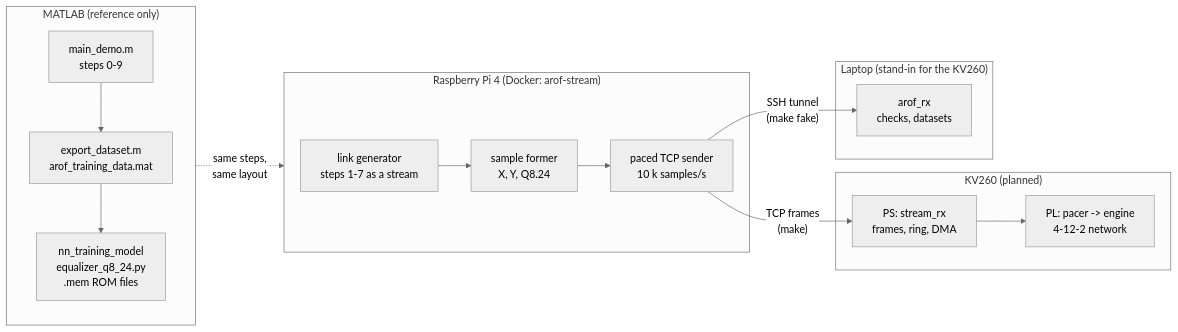
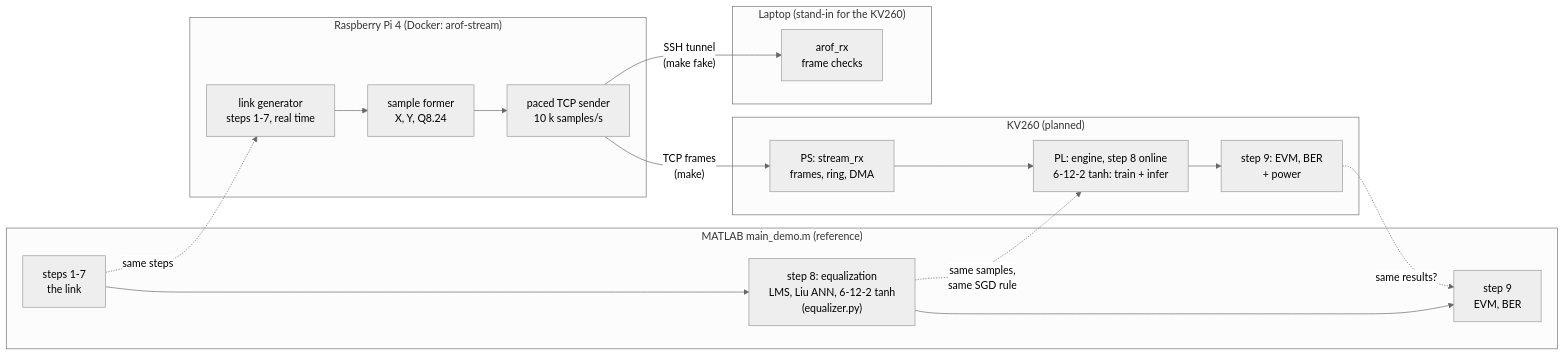
One commit to ahmedabdellatif7700/arof-rt-generator changed the first of 5 diagrams in docs/DEMO.md. Above: the diagram before and after it, drawn with Mermaid (neutral theme). The commit also changed other lines of this file and 18 other files, not shown here.

First line of the commit message:
Samples as equalizer.py builds them for main_demo.m step 8; schedule demo; dataset = one demo cycle

````diff
--- a/docs/DEMO.md
+++ b/docs/DEMO.md
@@ -16,30 +31,33 @@
 ```mermaid
 flowchart LR
-    subgraph REF["MATLAB (reference only)"]
-        MD["main_demo.m<br/>steps 0-9"]
-        ED["export_dataset.m<br/>arof_training_data.mat"]
-        NN["nn_training_model<br/>equalizer_q8_24.py<br/>.mem ROM files"]
-        MD --> ED --> NN
+    subgraph REF["MATLAB main_demo.m (reference)"]
+        L17["steps 1-7<br/>the link"]
+        S8["step 8: equalization<br/>LMS, Liu ANN, 6-12-2 tanh<br/>(equalizer.py)"]
+        S9["step 9<br/>EVM, BER"]
+        L17 --> S8 --> S9
     end
 
     subgraph PI["Raspberry Pi 4 (Docker: arof-stream)"]
-        GEN["link generator<br/>steps 1-7 as a stream"]
+        GEN["link generator<br/>steps 1-7, real time"]
         SF["sample former<br/>X, Y, Q8.24"]
         TX["paced TCP sender<br/>10 k samples/s"]
         GEN --> SF --> TX
     end
 
     subgraph KV["KV260 (planned)"]
         RX["PS: stream_rx<br/>frames, ring, DMA"]
-        PL["PL: pacer -> engine<br/>4-12-2 network"]
-        RX --> PL
+        PL["PL: engine, step 8 online<br/>6-12-2 tanh: train + infer"]
+        EV["step 9: EVM, BER<br/>+ power"]
+        RX --> PL --> EV
     end
 
     subgraph LAP["Laptop (stand-in for the KV260)"]
-        ARX["arof_rx<br/>checks, datasets"]
+        ARX["arof_rx<br/>frame checks"]
     end
 
-    REF -. "same steps,<br/>same layout" .-> PI
+    L17 -. "same steps" .-> GEN
+    S8 -. "same samples,<br/>same SGD rule" .-> PL
     TX -- "TCP frames<br/>(make)" --> RX
     TX -- "SSH tunnel<br/>(make fake)" --> ARX
+    EV -. "same results?" .-> S9
 ```
````
